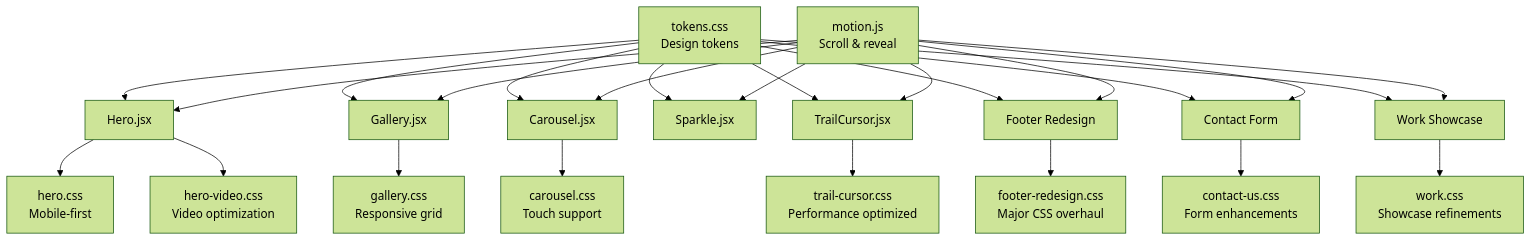
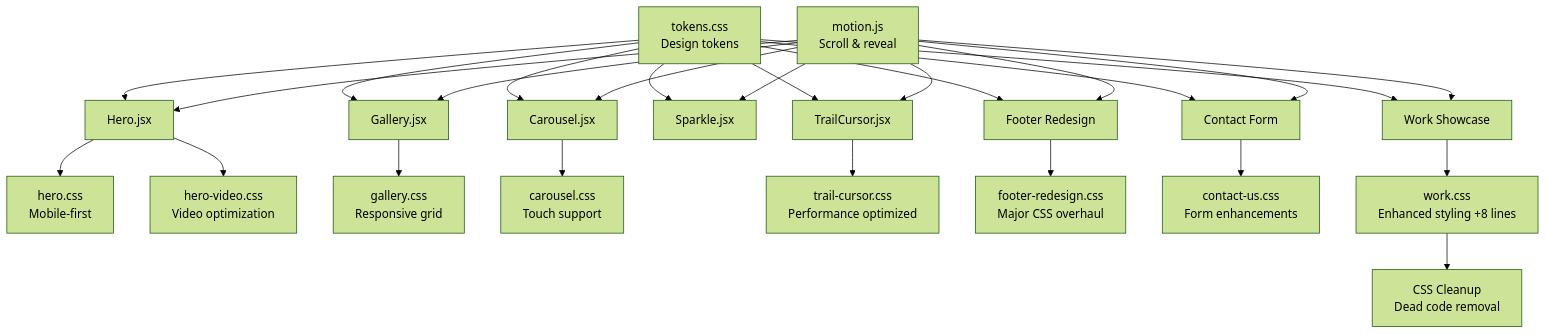
One commit to Theja4/podiummomentum changed the eighth of 8 diagrams in .qoder/repowiki/en/content/Styling and Design System/Component Styling Patterns/Landing Page Component Styles.md. Above: the diagram before and after it, drawn with Mermaid (forest theme). The commit also changed other lines of this file and 22 other files, not shown here.

````diff
--- a/.qoder/repowiki/en/content/Styling and Design System/Component Styling Patterns/Landing Page Component Styles.md
+++ b/.qoder/repowiki/en/content/Styling and Design System/Component Styling Patterns/Landing Page Component Styles.md
@@ -577,27 +621,28 @@
 ```mermaid
 graph TB
 TK["tokens.css<br/>Design tokens"] --> H["Hero.jsx"]
 TK --> G["Gallery.jsx"]
 TK --> C["Carousel.jsx"]
 TK --> S["Sparkle.jsx"]
 TK --> T["TrailCursor.jsx"]
 TK --> FR["Footer Redesign"]
 TK --> CF["Contact Form"]
 TK --> WS["Work Showcase"]
 M["motion.js<br/>Scroll & reveal"] --> H
 M --> G
 M --> C
 M --> S
 M --> T
 M --> FR
 M --> CF
 M --> WS
 H --> HC["hero.css<br/>Mobile-first"]
 H --> HVC["hero-video.css<br/>Video optimization"]
 G --> GC["gallery.css<br/>Responsive grid"]
 C --> CC["carousel.css<br/>Touch support"]
 T --> TC["trail-cursor.css<br/>Performance optimized"]
 FR --> FRC["footer-redesign.css<br/>Major CSS overhaul"]
 CF --> CUC["contact-us.css<br/>Form enhancements"]
-WS --> WSC["work.css<br/>Showcase refinements"]
+WS --> WSC["work.css<br/>Enhanced styling +8 lines"]
+WSC --> Cleanup["CSS Cleanup<br/>Dead code removal"]
 ```
````
